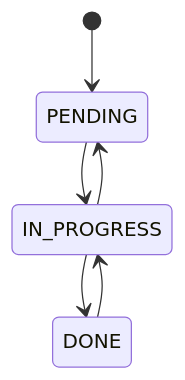
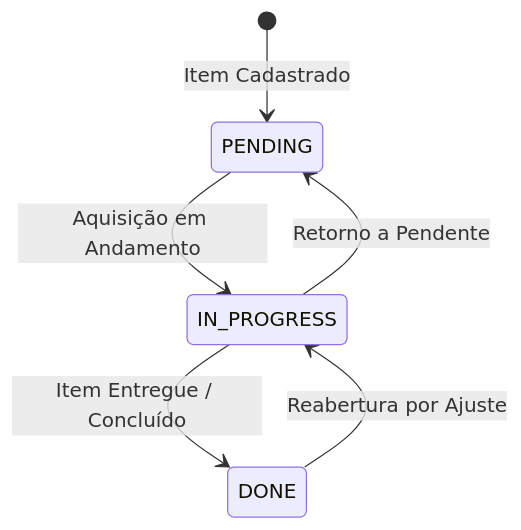
Before and after one commit to Rafaelp122/wedding_management: the second of 2 diagrams in docs/architecture/business-rules/logistics/contract-state-machine.md, drawn with Mermaid. The commit also changed other lines of this file and 114 other files, not shown here.

````diff
--- a/docs/architecture/business-rules/logistics/contract-state-machine.md
+++ b/docs/architecture/business-rules/logistics/contract-state-machine.md
@@ -56,8 +61,8 @@
 ```mermaid
 stateDiagram-v2
-    [*] --> PENDING
-    PENDING --> IN_PROGRESS
-    IN_PROGRESS --> DONE
-    DONE --> IN_PROGRESS
-    IN_PROGRESS --> PENDING
+    [*] --> PENDING : Item Cadastrado
+    PENDING --> IN_PROGRESS : Aquisição em Andamento
+    IN_PROGRESS --> DONE : Item Entregue / Concluído
+    DONE --> IN_PROGRESS : Reabertura por Ajuste
+    IN_PROGRESS --> PENDING : Retorno a Pendente
 ```
````
